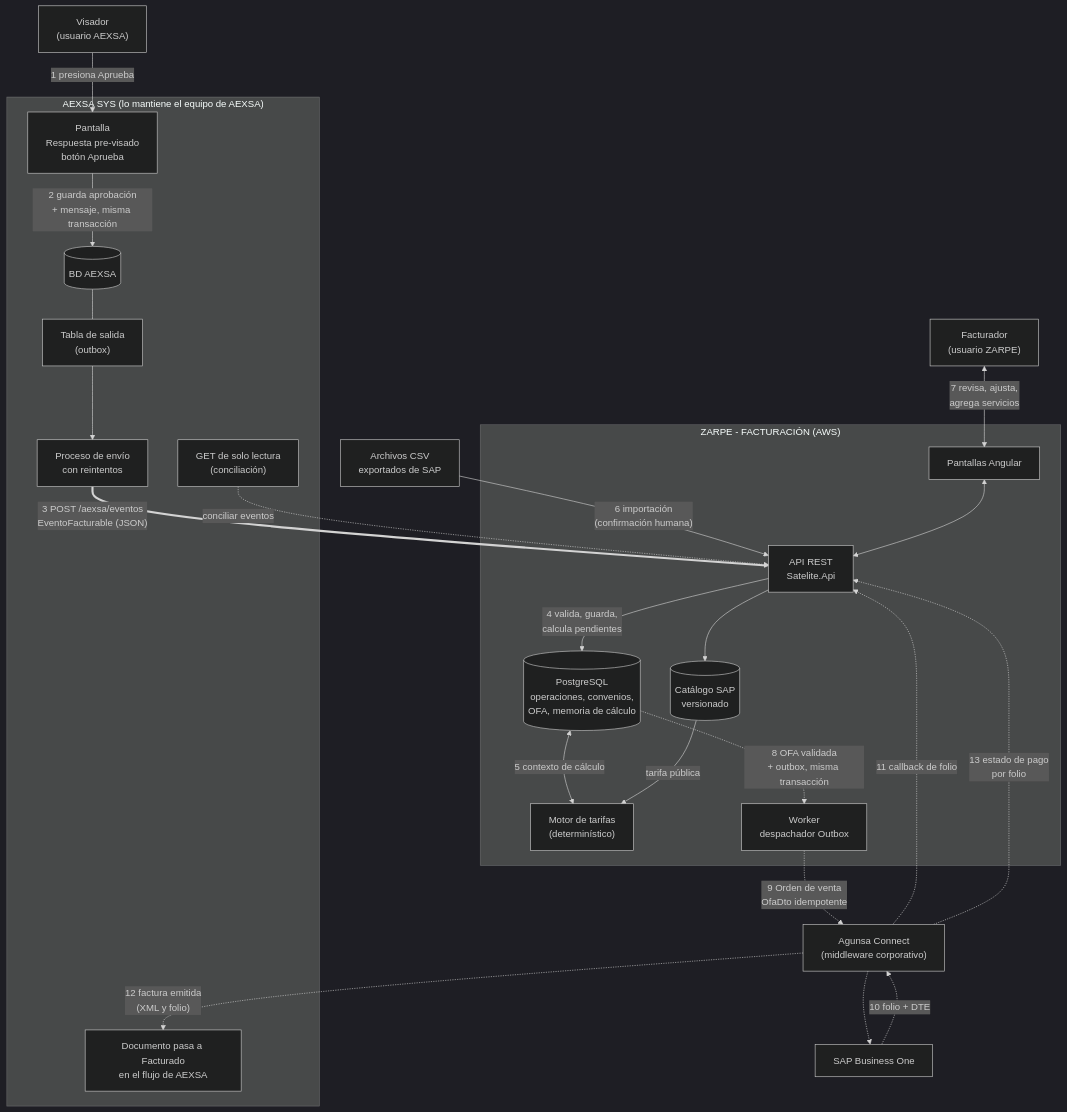
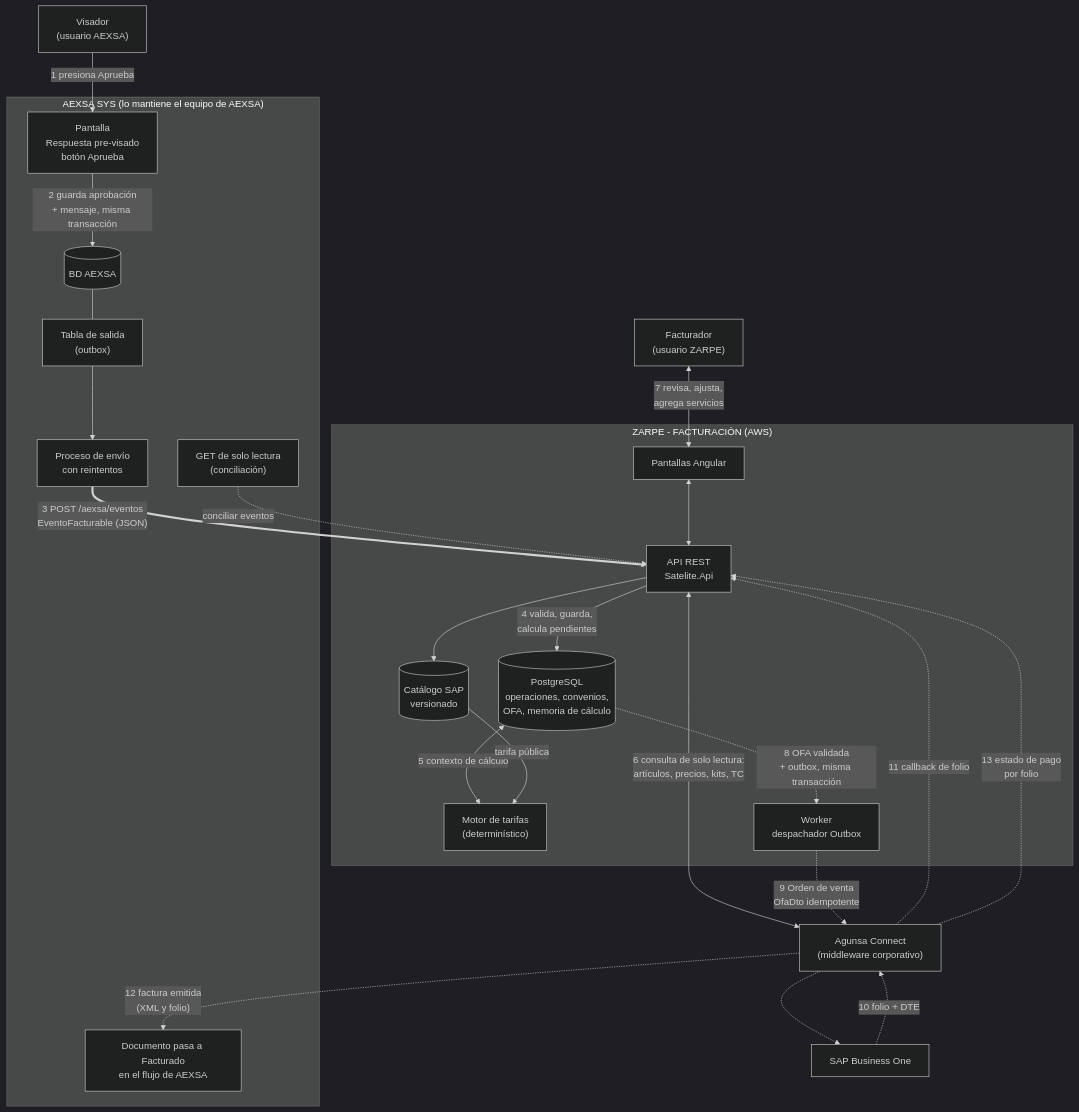
One commit to FelipePonceAgunsa/APPSFacturacion changed the first of 4 diagrams in docs/arquitectura/diagramas-flujo-datos.md. Above: the diagram before and after it, drawn with Mermaid (dark theme). The commit also changed other lines of this file and 9 other files, not shown here.

Commit message:
Catalogo SAP por consulta a la API de SAP (archivo queda como respaldo); diagramas actualizados

````diff
--- a/docs/arquitectura/diagramas-flujo-datos.md
+++ b/docs/arquitectura/diagramas-flujo-datos.md
@@ -46,49 +46,48 @@
 ```mermaid
 flowchart TB
     VIS["Visador<br/>(usuario AEXSA)"]
     FAC["Facturador<br/>(usuario ZARPE)"]
 
     subgraph AEXSA["AEXSA SYS (lo mantiene el equipo de AEXSA)"]
         UI_A["Pantalla<br/>Respuesta pre-visado<br/>botón Aprueba"]
         DB_A[("BD AEXSA")]
         OUT_A["Tabla de salida<br/>(outbox)"]
         ENV_A["Proceso de envío<br/>con reintentos"]
         GET_A["GET de solo lectura<br/>(conciliación)"]
         FLU_A["Documento pasa a Facturado<br/>en el flujo de AEXSA"]
     end
 
     subgraph ZARPE["ZARPE - FACTURACIÓN (AWS)"]
         API["API REST<br/>Satelite.Api"]
         MOTOR["Motor de tarifas<br/>(determinístico)"]
         DB_Z[("PostgreSQL<br/>operaciones, convenios,<br/>OFA, memoria de cálculo")]
         CAT[("Catálogo SAP<br/>versionado")]
         WRK["Worker<br/>despachador Outbox"]
         UI_Z["Pantallas Angular"]
     end
 
     AC["Agunsa Connect<br/>(middleware corporativo)"]
     SAP["SAP Business One"]
-    ARCH["Archivos CSV<br/>exportados de SAP"]
 
     VIS -->|"1 presiona Aprueba"| UI_A
     UI_A -->|"2 guarda aprobación<br/>+ mensaje, misma transacción"| DB_A
     DB_A --- OUT_A
     OUT_A --> ENV_A
     ENV_A ==>|"3 POST /aexsa/eventos<br/>EventoFacturable (JSON)"| API
     API -->|"4 valida, guarda,<br/>calcula pendientes"| DB_Z
     DB_Z <-->|"5 contexto de cálculo"| MOTOR
     CAT -->|"tarifa pública"| MOTOR
-    ARCH -->|"6 importación<br/>(confirmación humana)"| API
+    API <-->|"6 consulta de solo lectura:<br/>artículos, precios, kits, TC"| AC
     API --> CAT
     FAC <-->|"7 revisa, ajusta,<br/>agrega servicios"| UI_Z
     UI_Z <--> API
     GET_A -.->|"conciliar eventos"| API
 
     DB_Z -.->|"8 OFA validada<br/>+ outbox, misma transacción"| WRK
     WRK -.->|"9 Orden de venta<br/>OfaDto idempotente"| AC
     AC -.-> SAP
     SAP -.->|"10 folio + DTE"| AC
     AC -.->|"11 callback de folio"| API
     AC -.->|"12 factura emitida<br/>(XML y folio)"| FLU_A
     AC -.->|"13 estado de pago<br/>por folio"| API
 ```
````
